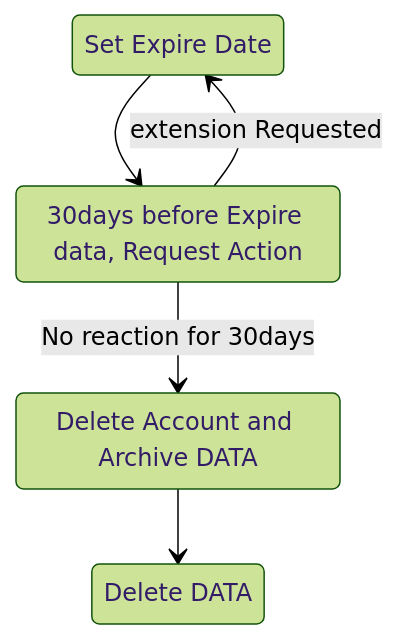
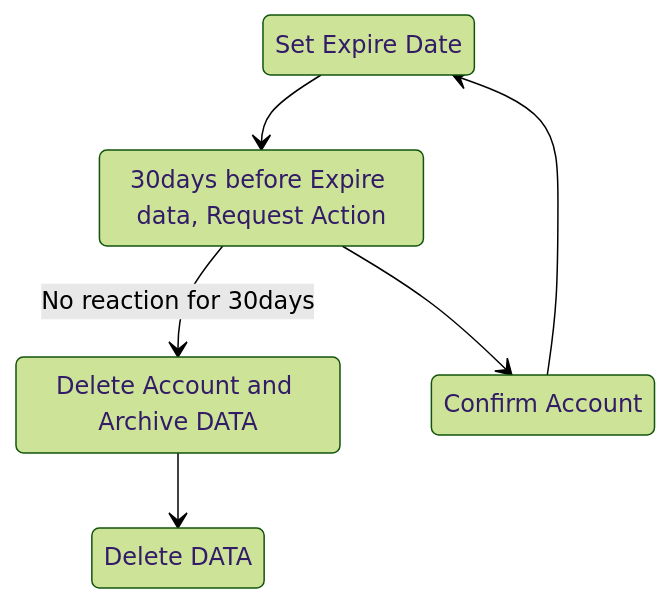
Before and after one commit to gferhpc/supercomputing.tue.nl: the diagram in pages/documentation/administration/users.md, drawn with Mermaid (forest theme).

````diff
--- a/pages/documentation/administration/users.md
+++ b/pages/documentation/administration/users.md
@@ -92,12 +92,14 @@
 ```mermaid
 stateDiagram
     s1: Set Expire Date
     s2: 30days before Expire data, Request Action
-    s3: Delete Account and Archive DATA
-    s4: Delete DATA
+    s3: Confirm Account
+    s4: Delete Account and Archive DATA
+    s5: Delete DATA
     s1 --> s2
-    s2 --> s3: No reaction for 30days
-    s2 --> s1: extension Requested
-    s3 --> s4
+    s2 --> s4: No reaction for 30days
+    s2 --> s3
+    s3 --> s1
+    s4 --> s5
 
 ``` 
````
